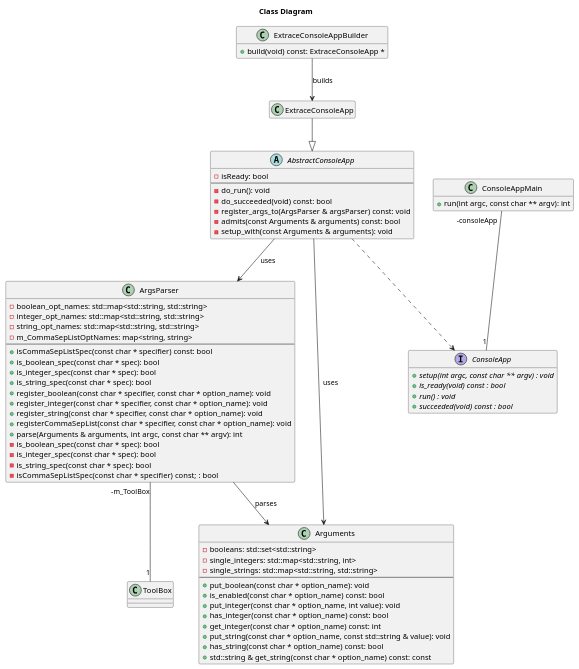
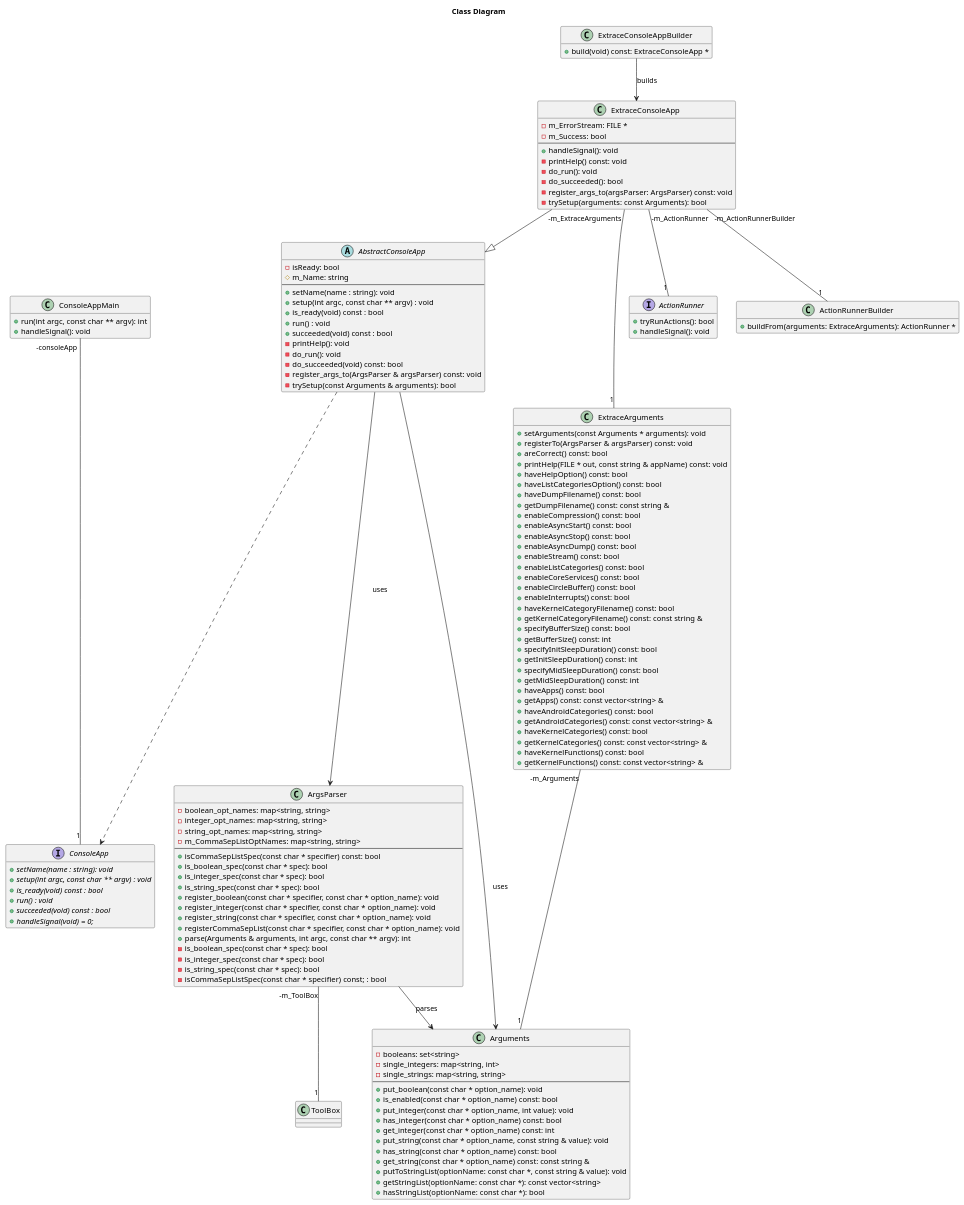
Before and after one commit to littlewhywhat/extrace: the diagram in docs/design/class.puml, drawn with PlantUML. The commit also changed 41 other files, not shown here.

```diff
--- a/docs/design/class.puml
+++ b/docs/design/class.puml
@@ -1,87 +1,159 @@
 @startuml
 
 title Class Diagram
 
 interface ConsoleApp {
+  + {abstract} setName(name : string): void
   + {abstract} setup(int argc, const char ** argv) : void
   + {abstract} is_ready(void) const : bool
   + {abstract} run() : void
   + {abstract} succeeded(void) const : bool
+  + {abstract} handleSignal(void) = 0;
 }
 hide ConsoleApp fields
 
 abstract class AbstractConsoleApp {
   - isReady: bool
+  # m_Name: string
   --
+  + setName(name : string): void
+  + setup(int argc, const char ** argv) : void
+  + is_ready(void) const : bool
+  + run() : void
+  + succeeded(void) const : bool
+  - printHelp(): void
   - do_run(): void
   - do_succeeded(void) const: bool
   - register_args_to(ArgsParser & argsParser) const: void
-  - admits(const Arguments & arguments) const: bool
-  - setup_with(const Arguments & arguments): void
+  - trySetup(const Arguments & arguments): bool
 }
 
 AbstractConsoleApp ..> ConsoleApp
 AbstractConsoleApp --> ArgsParser: uses
 AbstractConsoleApp --> Arguments: uses
 
 class ArgsParser {
-  - boolean_opt_names: std::map<std::string, std::string>
-  - integer_opt_names: std::map<std::string, std::string>
-  - string_opt_names: std::map<std::string, std::string>
+  - boolean_opt_names: map<string, string>
+  - integer_opt_names: map<string, string>
+  - string_opt_names: map<string, string>
   - m_CommaSepListOptNames: map<string, string>
   --
   + isCommaSepListSpec(const char * specifier) const: bool
   + is_boolean_spec(const char * spec): bool
   + is_integer_spec(const char * spec): bool
   + is_string_spec(const char * spec): bool
   + register_boolean(const char * specifier, const char * option_name): void
   + register_integer(const char * specifier, const char * option_name): void
   + register_string(const char * specifier, const char * option_name): void
   + registerCommaSepList(const char * specifier, const char * option_name): void
   + parse(Arguments & arguments, int argc, const char ** argv): int
   - is_boolean_spec(const char * spec): bool
   - is_integer_spec(const char * spec): bool
   - is_string_spec(const char * spec): bool
   - isCommaSepListSpec(const char * specifier) const;  : bool
 }
 
 ArgsParser --> Arguments: parses
 ArgsParser "-m_ToolBox" -- "1" ToolBox
 
 class Arguments {
-  - booleans: std::set<std::string>
-  - single_integers: std::map<std::string, int>
-  - single_strings: std::map<std::string, std::string>
+  - booleans: set<string>
+  - single_integers: map<string, int>
+  - single_strings: map<string, string>
   --
   + put_boolean(const char * option_name): void
   + is_enabled(const char * option_name) const: bool
   + put_integer(const char * option_name, int value): void
   + has_integer(const char * option_name) const: bool
   + get_integer(const char * option_name) const: int
-  + put_string(const char * option_name, const std::string & value): void
+  + put_string(const char * option_name, const string & value): void
   + has_string(const char * option_name) const: bool
-  + std::string & get_string(const char * option_name) const: const
+  + get_string(const char * option_name) const: const string & 
+  + putToStringList(optionName: const char *, const string & value): void
+  + getStringList(optionName: const char *): const vector<string>
+  + hasStringList(optionName: const char *): bool
 }
 
 class ConsoleAppMain {
   + run(int argc, const char ** argv): int
+  + handleSignal(): void
 }
 hide ConsoleAppMain fields
 
 ConsoleAppMain "-consoleApp" -- "1" ConsoleApp
 
 class ExtraceConsoleApp {
+  - m_ErrorStream: FILE *
+  - m_Success: bool
+  --
+  + handleSignal(): void
+  - printHelp() const: void
+  - do_run(): void
+  - do_succeeded(): bool
+  - register_args_to(argsParser: ArgsParser) const: void
+  - trySetup(arguments: const Arguments): bool
 }
-hide ExtraceConsoleApp methods
-hide ExtraceConsoleApp fields
 
 ExtraceConsoleApp --|> AbstractConsoleApp
+ExtraceConsoleApp "-m_ActionRunner" -- "1" ActionRunner
+ExtraceConsoleApp "-m_ActionRunnerBuilder" -- "1" ActionRunnerBuilder
+ExtraceConsoleApp "-m_ExtraceArguments" -- "1" ExtraceArguments
 
 class ExtraceConsoleAppBuilder {
   + build(void) const: ExtraceConsoleApp * 
 }
 hide ExtraceConsoleAppBuilder fields
 
 ExtraceConsoleAppBuilder --> ExtraceConsoleApp: builds
 
+interface ActionRunner {
+  + tryRunActions(): bool
+  + handleSignal(): void
+}
+hide ActionRunner fields
+
+class ActionRunnerBuilder {
+  + buildFrom(arguments: ExtraceArguments): ActionRunner *
+}
+hide ActionRunnerBuilder fields
+
+class ExtraceArguments {
+  + setArguments(const Arguments * arguments): void
+  + registerTo(ArgsParser & argsParser) const: void
+  + areCorrect() const: bool
+  + printHelp(FILE * out, const string & appName) const: void
+  + haveHelpOption() const: bool
+  + haveListCategoriesOption() const: bool
+  + haveDumpFilename() const: bool
+  + getDumpFilename() const: const string &
+  + enableCompression() const: bool
+  + enableAsyncStart() const: bool
+  + enableAsyncStop() const: bool
+  + enableAsyncDump() const: bool
+  + enableStream() const: bool
+  + enableListCategories() const: bool
+  + enableCoreServices() const: bool
+  + enableCircleBuffer() const: bool
+  + enableInterrupts() const: bool
+  + haveKernelCategoryFilename() const: bool
+  + getKernelCategoryFilename() const: const string &
+  + specifyBufferSize() const: bool
+  + getBufferSize() const: int
+  + specifyInitSleepDuration() const: bool
+  + getInitSleepDuration() const: int
+  + specifyMidSleepDuration() const: bool
+  + getMidSleepDuration() const: int
+  + haveApps() const: bool
+  + getApps() const: const vector<string> &
+  + haveAndroidCategories() const: bool
+  + getAndroidCategories() const: const vector<string> &
+  + haveKernelCategories() const: bool
+  + getKernelCategories() const: const vector<string> &
+  + haveKernelFunctions() const: bool
+  + getKernelFunctions() const: const vector<string> &
+}
+hide ExtraceArguments fields
+
+ExtraceArguments "-m_Arguments" -- "1" Arguments
+
 @enduml
```
